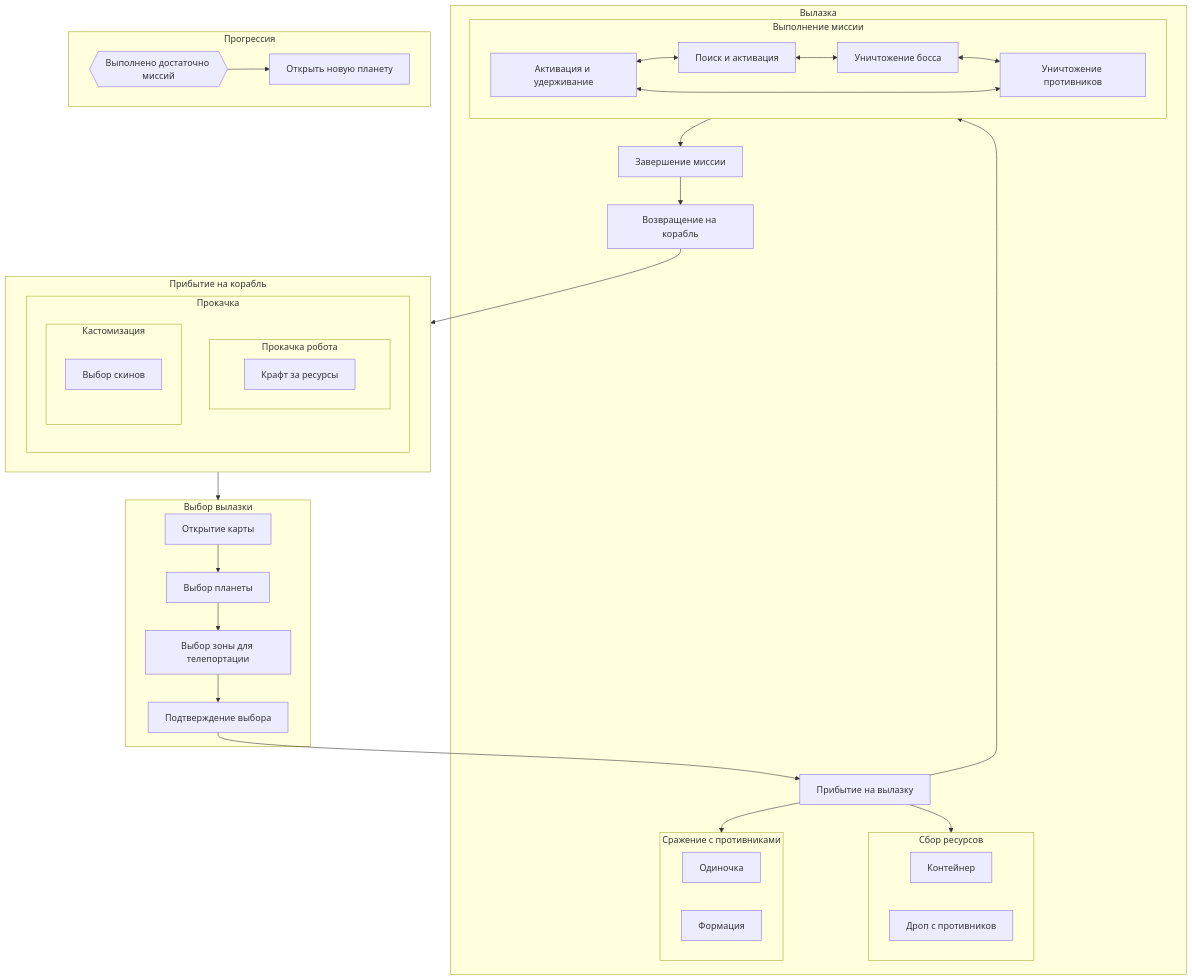
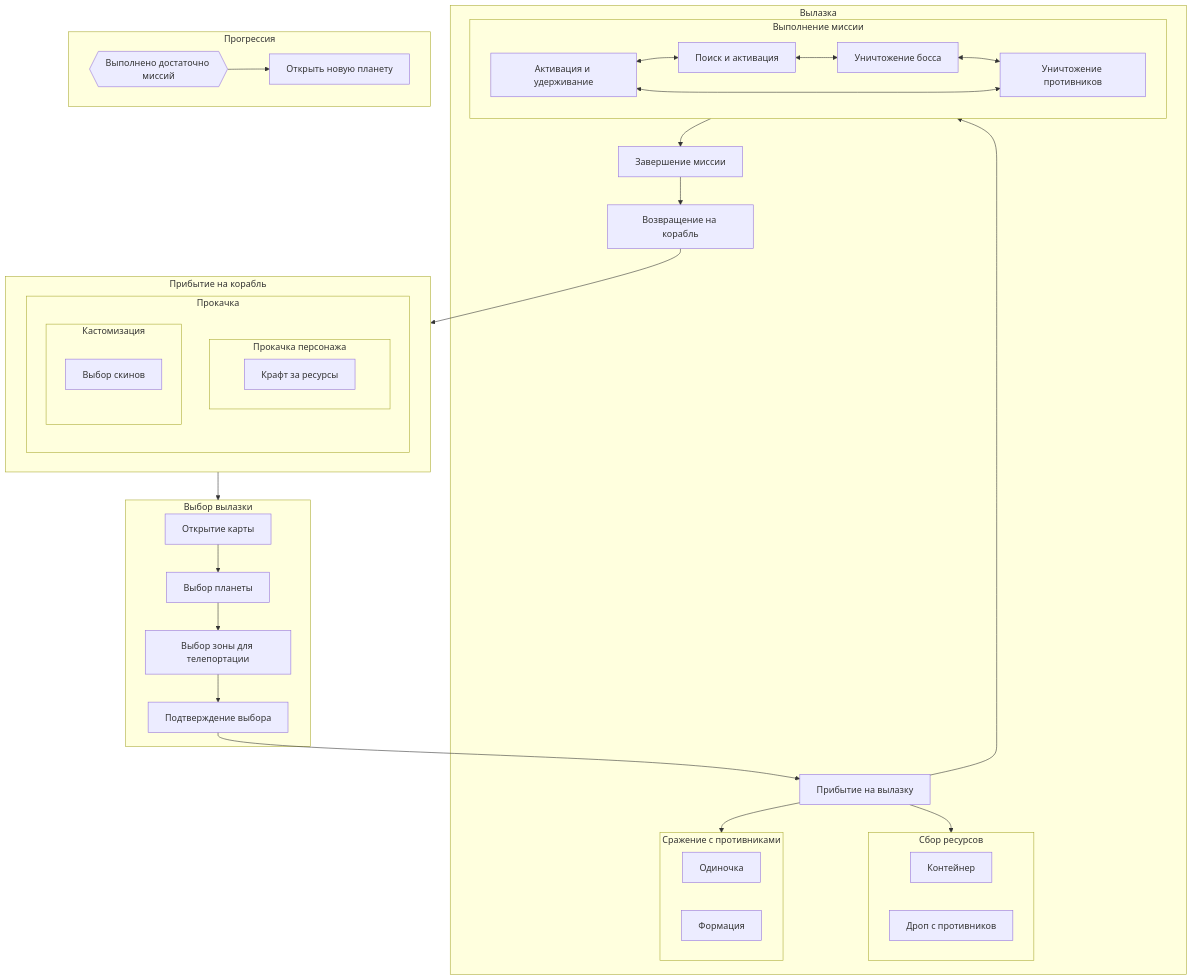
One commit to LuminescentNebula/TriangleWiki changed the diagram in Геймдизайн/Референсы/Схемы/Цикл.md. Above: the diagram before and after it, drawn with Mermaid. The commit also changed 22 other files, not shown here.

````diff
--- a/Геймдизайн/Референсы/Схемы/Цикл.md
+++ b/Геймдизайн/Референсы/Схемы/Цикл.md
@@ -1,61 +1,61 @@
 ```mermaid
 graph TD
     subgraph ONE[Прибытие на корабль]
         direction LR
         subgraph ONE_ONE[Прокачка]
-            subgraph ONE_ONE_TWO[Прокачка робота]
+            subgraph ONE_ONE_TWO[Прокачка персонажа]
                 O111[Крафт за ресурсы]
             end
             subgraph ONE_ONE_THREE[Кастомизация]
                 O113[Выбор скинов]
             end
             
         end
     end
 
 
     subgraph TWO[Выбор вылазки]
         G[Открытие карты]
         G --> H[Выбор планеты]
         H --> I[Выбор зоны для телепортации]
         I --> J[Подтверждение выбора]
     end
     
     subgraph Three[Вылазка]
         J --> T2[Прибытие на вылазку]
         T2 --> T3
         subgraph T3[Выполнение миссии]
             direction RL
             T31[Уничтожение противников]
             T32[Уничтожение босса]
             T33[Поиск и активация]
             T34[Активация и удерживание]
             T31 <--> T32 <--> T33 <--> T34 <--> T31
         
         end
         T2 --> T7
         subgraph T7[Сбор ресурсов]
             T71[Контейнер]
             T72[Дроп с противников]
         end
         T2 --> T8
         subgraph T8[Сражение с противниками]
             T81[Одиночка]
             T82[Формация]
         end
         T3 --> T4[Завершение миссии]
         T4 --> T5[Возвращение на корабль]
 
     end
 
     subgraph FOUR[Прогрессия]
          O{{Выполнено достаточно миссий}}
          O --> O1[Открыть новую планету]
 
     end
 
     T5  --> ONE
     ONE --> TWO
 
 
 ```
````
